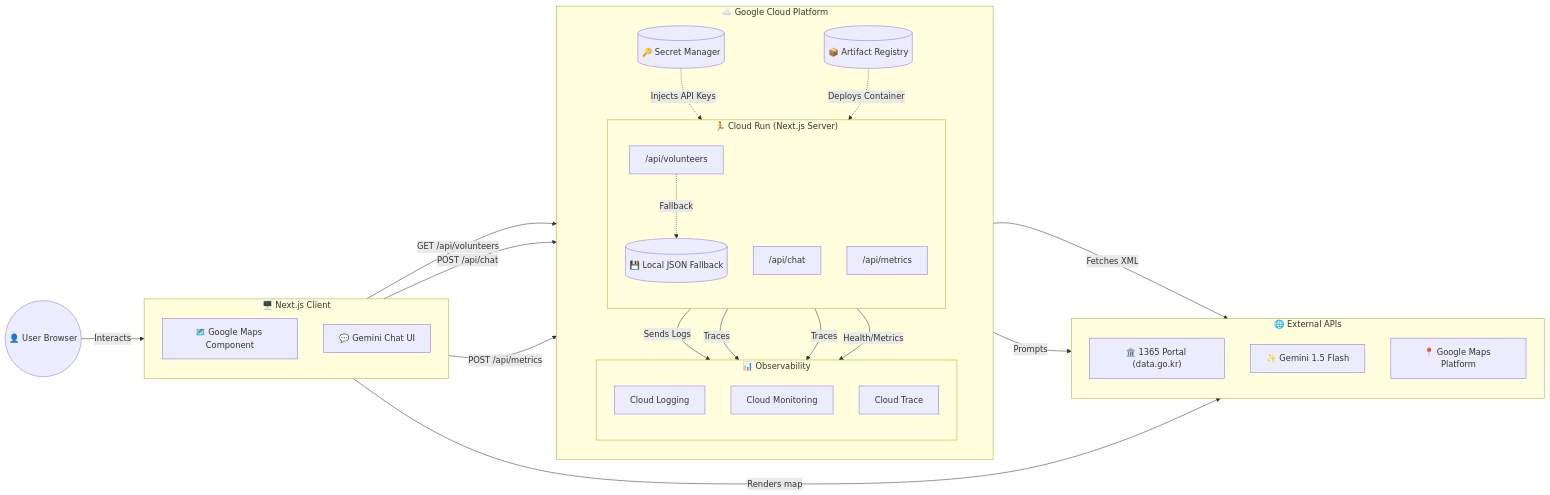
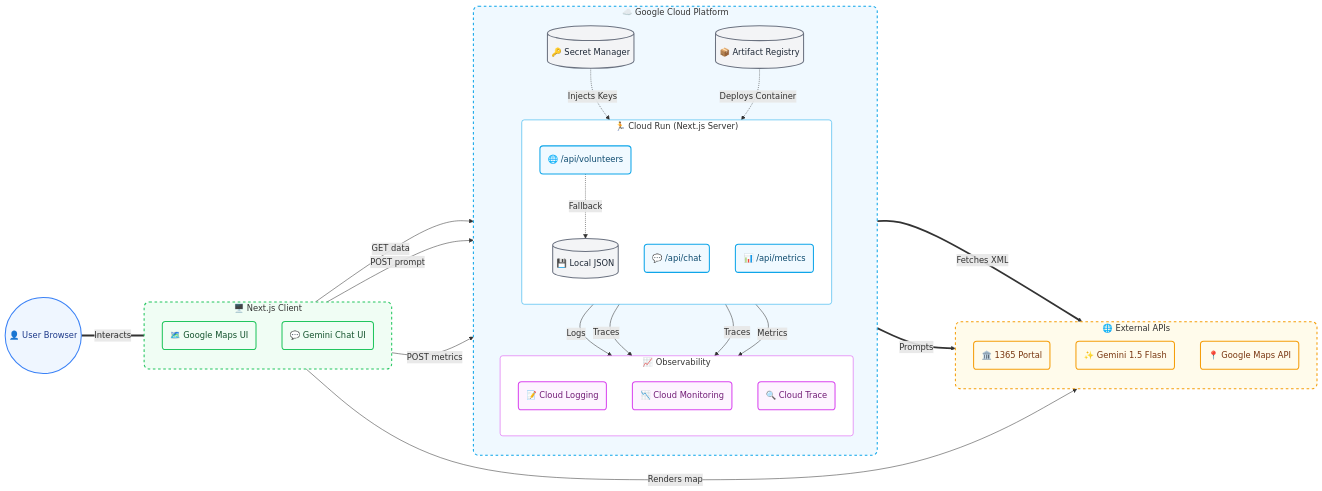
One commit to bbb1293/volunteer-map-korea changed the diagram in README.md. Above: the diagram before and after it, drawn with Mermaid.

Commit message:
docs: finalize beautiful custom-styled architecture diagram

````diff
--- a/README.md
+++ b/README.md
@@ -29,63 +29,80 @@
 ```mermaid
-graph LR
-    %% Define User
-    User(("👤 User Browser"))
+flowchart LR
+    %% Styling Definitions
+    classDef default fill:#ffffff,stroke:#d1d5db,stroke-width:1px,color:#374151,rx:6px,ry:6px;
+    classDef user fill:#eff6ff,stroke:#3b82f6,stroke-width:2px,color:#1e3a8a;
+    classDef frontend fill:#f0fdf4,stroke:#22c55e,stroke-width:2px,color:#14532d;
+    classDef gcpNode fill:#f0f9ff,stroke:#0ea5e9,stroke-width:2px,color:#0c4a6e;
+    classDef opsNode fill:#fdf4ff,stroke:#d946ef,stroke-width:2px,color:#701a75;
+    classDef extNode fill:#fffbeb,stroke:#f59e0b,stroke-width:2px,color:#78350f;
+    classDef dbNode fill:#f3f4f6,stroke:#6b7280,stroke-width:2px,color:#1f2937;
+    
+    %% Subgraph Styling
+    style Frontend fill:#f0fdf4,stroke:#22c55e,stroke-width:2px,stroke-dasharray: 5 5,rx:10
+    style GCP fill:#f0f9ff,stroke:#0ea5e9,stroke-width:2px,stroke-dasharray: 5 5,rx:10
+    style CloudRun fill:#ffffff,stroke:#0ea5e9,stroke-width:1px,rx:5
+    style Ops fill:#ffffff,stroke:#d946ef,stroke-width:1px,rx:5
+    style External fill:#fffbeb,stroke:#f59e0b,stroke-width:2px,stroke-dasharray: 5 5,rx:10
+
+    %% User Node
+    User(("👤 User Browser")):::user
     
     %% Frontend Subgraph
     subgraph Frontend ["🖥️ Next.js Client"]
         direction TB
-        Map["🗺️ Google Maps Component"]
-        ChatUI["💬 Gemini Chat UI"]
+        Map("🗺️ Google Maps UI"):::frontend
+        ChatUI("💬 Gemini Chat UI"):::frontend
     end
     
     %% GCP Infrastructure Subgraph
     subgraph GCP ["☁️ Google Cloud Platform"]
         direction TB
+        
         subgraph CloudRun ["🏃 Cloud Run (Next.js Server)"]
             direction TB
-            API_Vol["/api/volunteers"]
-            API_Chat["/api/chat"]
-            API_Met["/api/metrics"]
-            Cache[("💾 Local JSON Fallback")]
+            API_Vol("🌐 /api/volunteers"):::gcpNode
+            API_Chat("💬 /api/chat"):::gcpNode
+            API_Met("📊 /api/metrics"):::gcpNode
+            Cache[("💾 Local JSON")]:::dbNode
         end
         
-        subgraph Ops ["📊 Observability"]
+        subgraph Ops ["📈 Observability"]
             direction TB
-            Log["Cloud Logging"]
-            Mon["Cloud Monitoring"]
-            Trace["Cloud Trace"]
+            Log("📝 Cloud Logging"):::opsNode
+            Mon("📉 Cloud Monitoring"):::opsNode
+            Trace("🔍 Cloud Trace"):::opsNode
         end
         
-        Sec[("🔑 Secret Manager")]
-        Art[("📦 Artifact Registry")]
+        Sec[("🔑 Secret Manager")]:::dbNode
+        Art[("📦 Artifact Registry")]:::dbNode
     end
     
     %% External APIs Subgraph
     subgraph External ["🌐 External APIs"]
         direction TB
-        Gov["🏛️ 1365 Portal (data.go.kr)"]
-        Gem["✨ Gemini 1.5 Flash"]
-        GMap["📍 Google Maps Platform"]
+        Gov("🏛️ 1365 Portal"):::extNode
+        Gem("✨ Gemini 1.5 Flash"):::extNode
+        GMap("📍 Google Maps API"):::extNode
     end
     
-    %% Flow & Connections
-    User -->|"Interacts"| Frontend
+    %% Flows & Connections
+    User ===|"Interacts"| Frontend
     
     Map -->|"Renders map"| GMap
-    Map -->|"GET /api/volunteers"| API_Vol
-    ChatUI -->|"POST /api/chat"| API_Chat
-    Frontend -->|"POST /api/metrics"| API_Met
+    Map -->|"GET data"| API_Vol
+    ChatUI -->|"POST prompt"| API_Chat
+    Frontend -->|"POST metrics"| API_Met
     
-    API_Vol -->|"Fetches XML"| Gov
+    API_Vol ==>|"Fetches XML"| Gov
     API_Vol -.->|"Fallback"| Cache
     
-    API_Chat -->|"Prompts"| Gem
+    API_Chat ==>|"Prompts"| Gem
     
-    Sec -.->|"Injects API Keys"| CloudRun
+    Sec -.->|"Injects Keys"| CloudRun
     Art -.->|"Deploys Container"| CloudRun
     
-    API_Met -->|"Sends Logs"| Log
+    API_Met -->|"Logs"| Log
     API_Vol -->|"Traces"| Trace
     API_Chat -->|"Traces"| Trace
-    CloudRun -->|"Health/Metrics"| Mon
+    CloudRun -->|"Metrics"| Mon
 ```
````
